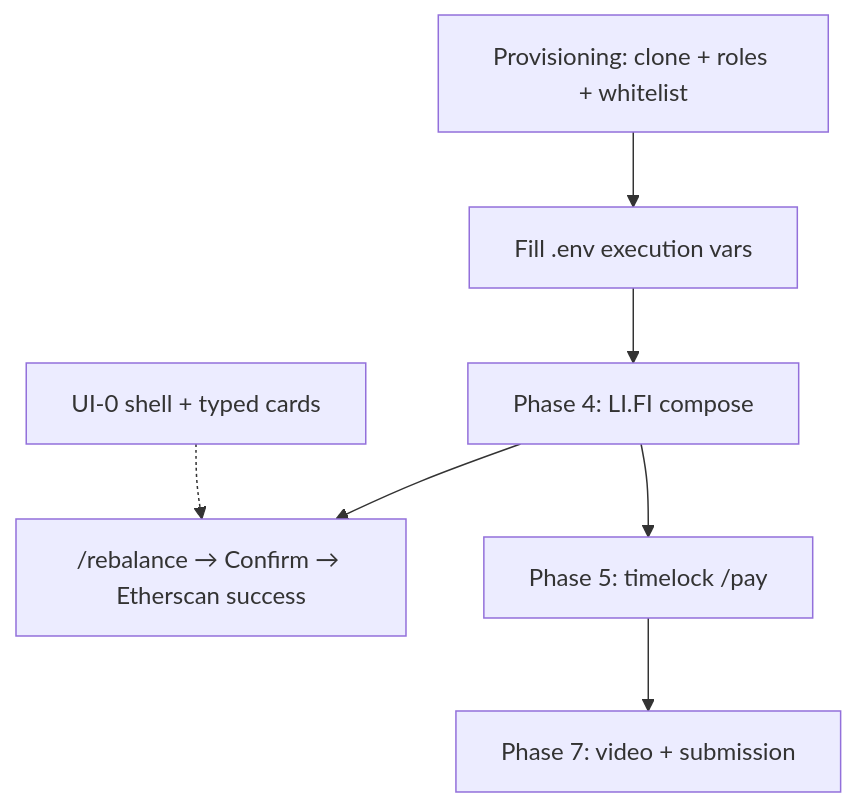
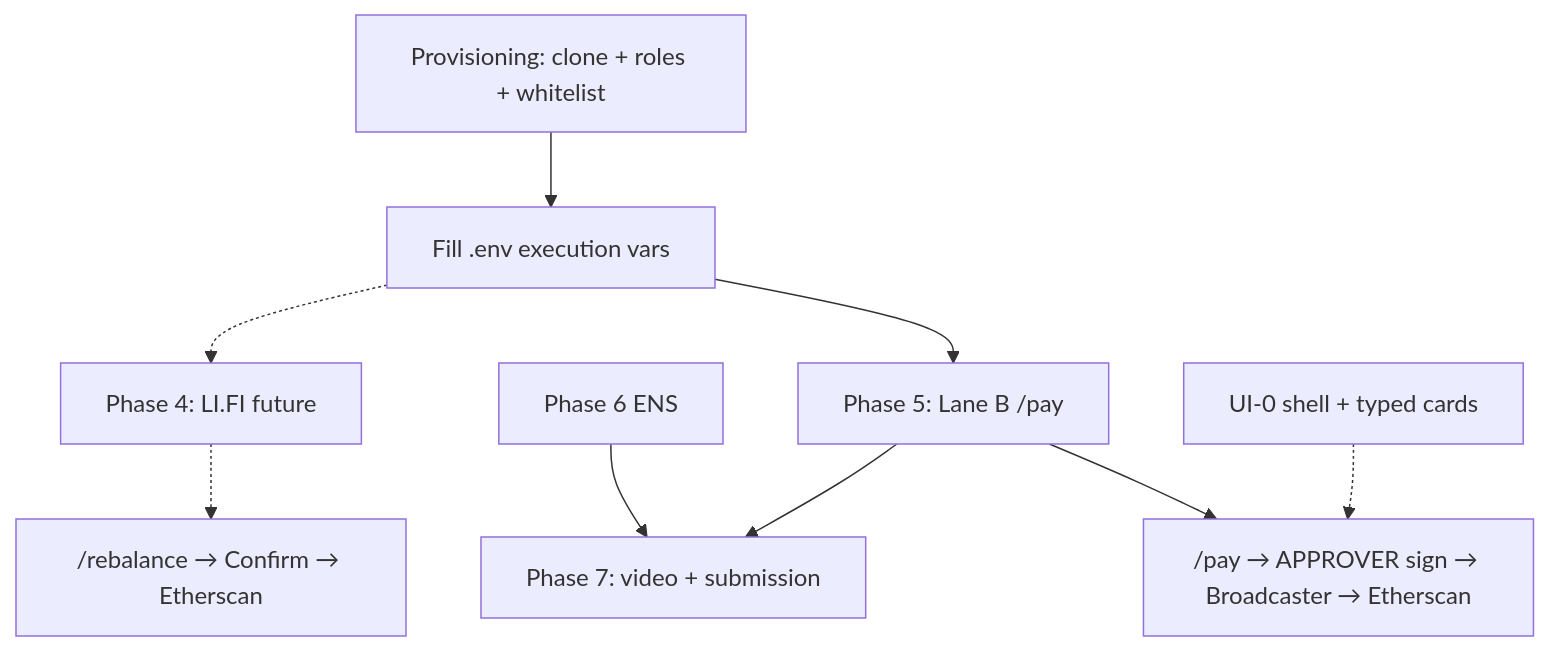
One commit to PracticalParticle/AgentBlox changed the diagram in docs/overview.md. Above: the diagram before and after it, drawn with Mermaid. The commit also changed other lines of this file and 32 other files, not shown here.

````diff
--- a/docs/overview.md
+++ b/docs/overview.md
@@ -67,9 +68,11 @@
 ```mermaid
 flowchart TD
     PROV[Provisioning: clone + roles + whitelist] --> ENV[Fill .env execution vars]
-    ENV --> P4[Phase 4: LI.FI compose]
-    P4 --> E2E["/rebalance → Confirm → Etherscan success"]
-    P4 --> P5[Phase 5: timelock /pay]
+    ENV --> P5[Phase 5: Lane B /pay]
+    P5 --> E2E["/pay → APPROVER sign → Broadcaster → Etherscan"]
     P5 --> P7[Phase 7: video + submission]
+    P6[Phase 6 ENS] --> P7
+    ENV -.-> P4[Phase 4: LI.FI future]
+    P4 -.-> E2E2["/rebalance → Confirm → Etherscan"]
     UI[UI-0 shell + typed cards] -.-> E2E
 ```
````
